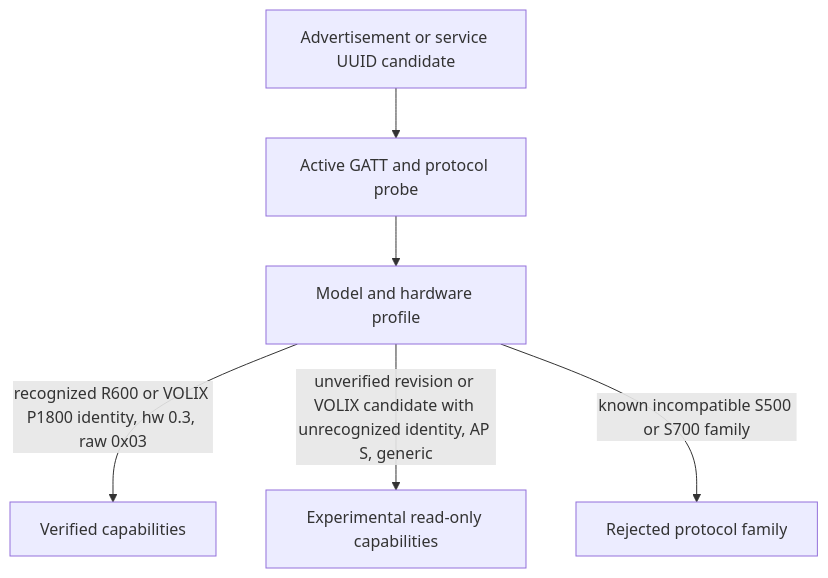
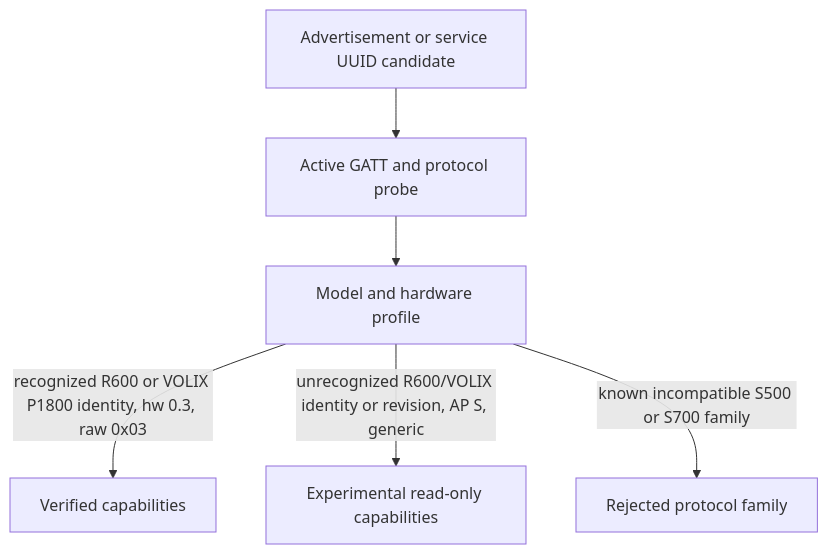
Before and after one commit to dedalodaelus/home-assistant-allpowers-ble: the ninth of 10 diagrams in docs/architecture/system-architecture.md, drawn with Mermaid. The commit also changed other lines of this file and 7 other files, not shown here.

````diff
--- a/docs/architecture/system-architecture.md
+++ b/docs/architecture/system-architecture.md
@@ -325,15 +325,15 @@
 ```mermaid
 flowchart TD
     CAND[Advertisement or service UUID candidate]
     PROBE[Active GATT and protocol probe]
     PROFILE[Model and hardware profile]
     VERIFIED[Verified capabilities]
     EXP[Experimental read-only capabilities]
     REJECT[Rejected protocol family]
 
     CAND --> PROBE
     PROBE --> PROFILE
     PROFILE -->|recognized R600 or VOLIX P1800 identity, hw 0.3, raw 0x03| VERIFIED
-    PROFILE -->|unverified revision or VOLIX candidate with unrecognized identity, AP S, generic| EXP
+    PROFILE -->|unrecognized R600/VOLIX identity or revision, AP S, generic| EXP
     PROFILE -->|known incompatible S500 or S700 family| REJECT
 ```
````
